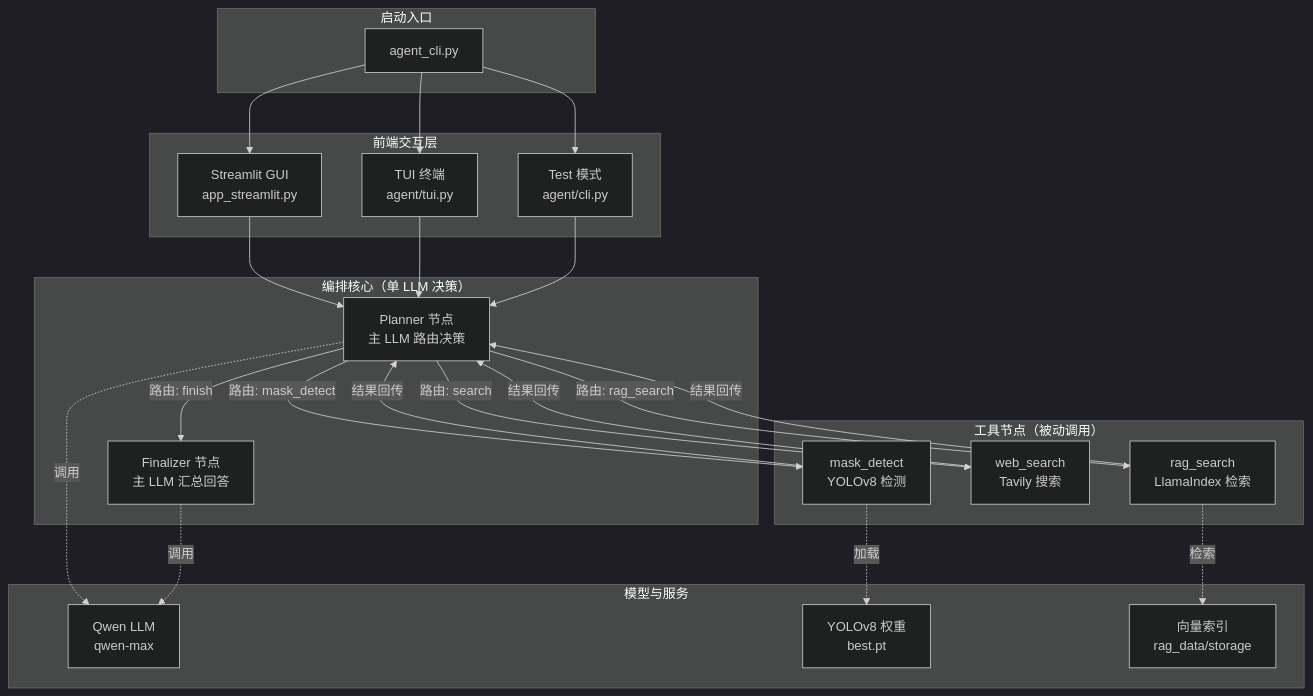
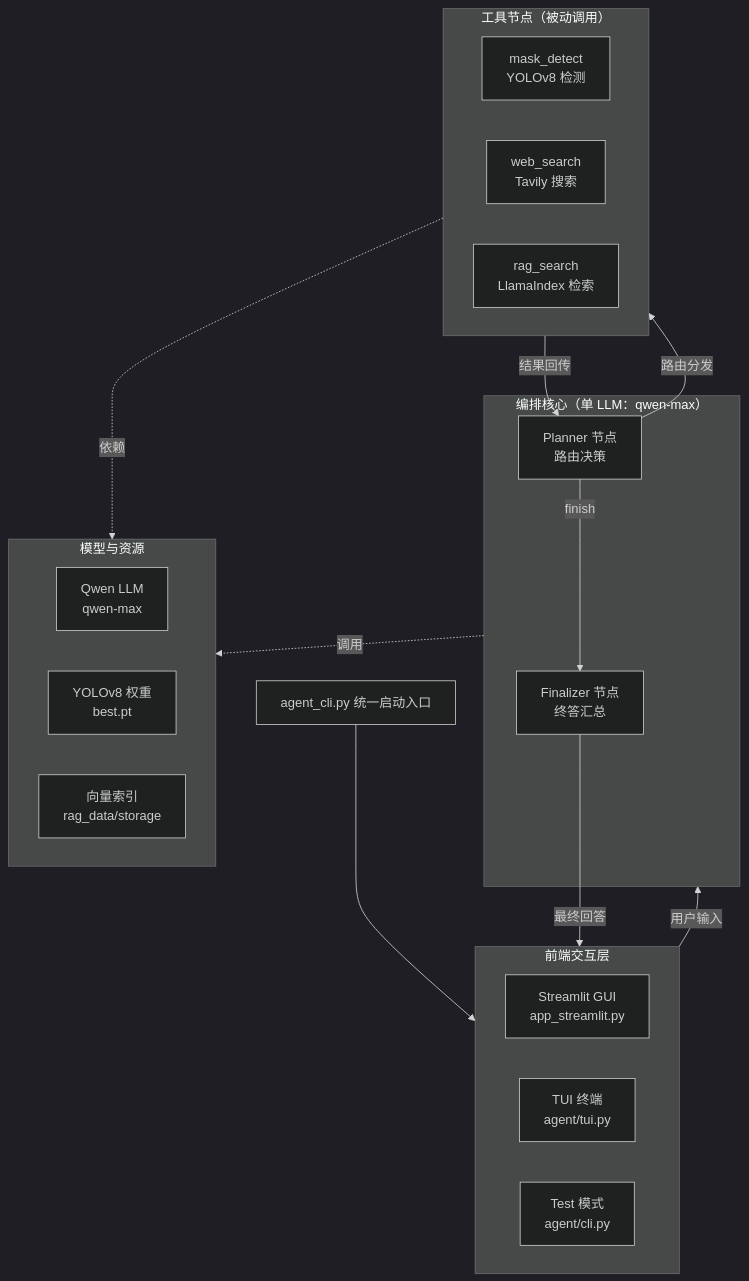
Before and after one commit to fangkai00/mask-detection-agent: the first of 2 diagrams in README.md, drawn with Mermaid (dark theme). The commit also changed other lines of this file, not shown here.

Commit message:
mermaid update

````diff
--- a/README.md
+++ b/README.md
@@ -90,44 +90,36 @@
 ```mermaid
-graph TB
-    subgraph CLI["启动入口"]
-        A1[agent_cli.py]
+flowchart TB
+    A1["agent_cli.py 统一启动入口"]
+
+    subgraph Frontend["前端交互层"]
+        B1["Streamlit GUI<br/>app_streamlit.py"]
+        B2["TUI 终端<br/>agent/tui.py"]
+        B3["Test 模式<br/>agent/cli.py"]
     end
 
-    subgraph Frontend["前端交互层"]
-        B1[Streamlit GUI<br/>app_streamlit.py]
-        B2[TUI 终端<br/>agent/tui.py]
-        B3[Test 模式<br/>agent/cli.py]
-    end
-
-    subgraph Core["编排核心（单 LLM 决策）"]
-        C1[Planner 节点<br/>主 LLM 路由决策]
-        C2[Finalizer 节点<br/>主 LLM 汇总回答]
+    subgraph Core["编排核心（单 LLM：qwen-max）"]
+        C1["Planner 节点<br/>路由决策"]
+        C2["Finalizer 节点<br/>终答汇总"]
+        C1 -->|"finish"| C2
     end
 
     subgraph Tools["工具节点（被动调用）"]
-        D1[mask_detect<br/>YOLOv8 检测]
-        D2[web_search<br/>Tavily 搜索]
-        D3[rag_search<br/>LlamaIndex 检索]
+        D1["mask_detect<br/>YOLOv8 检测"]
+        D2["web_search<br/>Tavily 搜索"]
+        D3["rag_search<br/>LlamaIndex 检索"]
     end
 
-    subgraph Models["模型与服务"]
-        E1[Qwen LLM<br/>qwen-max]
-        E2[YOLOv8 权重<br/>best.pt]
-        E3[向量索引<br/>rag_data/storage]
+    subgraph Models["模型与资源"]
+        E1["Qwen LLM<br/>qwen-max"]
+        E2["YOLOv8 权重<br/>best.pt"]
+        E3["向量索引<br/>rag_data/storage"]
     end
 
-    A1 --> B1 & B2 & B3
-    B1 & B2 & B3 --> C1
-
-    C1 -->|"路由: mask_detect"| D1
-    C1 -->|"路由: search"| D2
-    C1 -->|"路由: rag_search"| D3
-    C1 -->|"路由: finish"| C2
-
-    D1 & D2 & D3 -->|"结果回传"| C1
-
-    C1 -.->|"调用"| E1
-    C2 -.->|"调用"| E1
-    D1 -.->|"加载"| E2
-    D3 -.->|"检索"| E3
+    A1 --> Frontend
+    Frontend -->|"用户输入"| Core
+    C1 -->|"路由分发"| Tools
+    Tools -->|"结果回传"| C1
+    C2 -->|"最终回答"| Frontend
+    Core -.->|"调用"| Models
+    Tools -.->|"依赖"| Models
 ```
````
